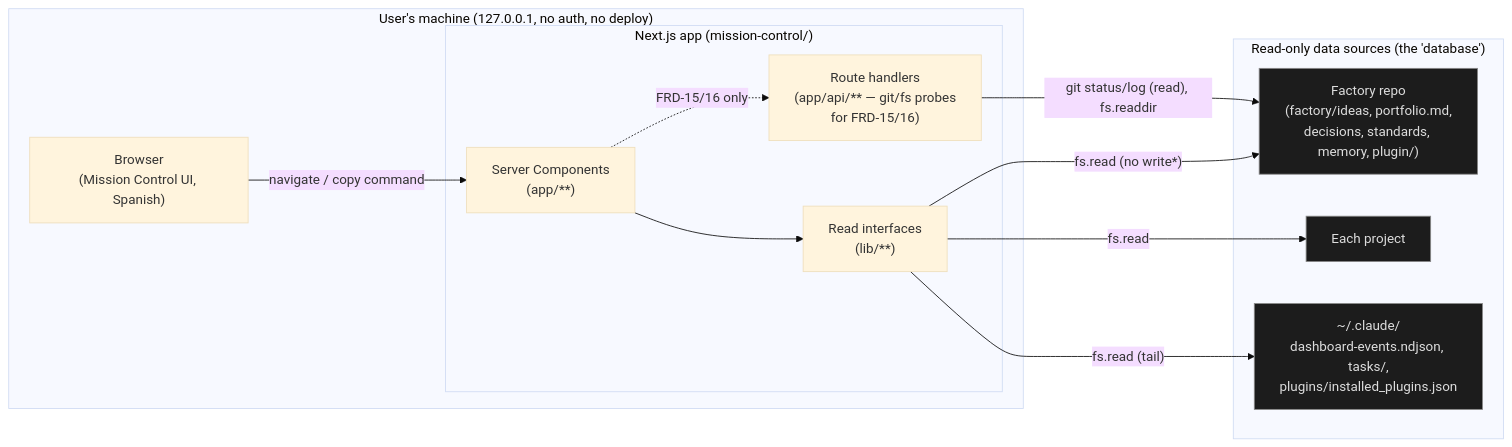
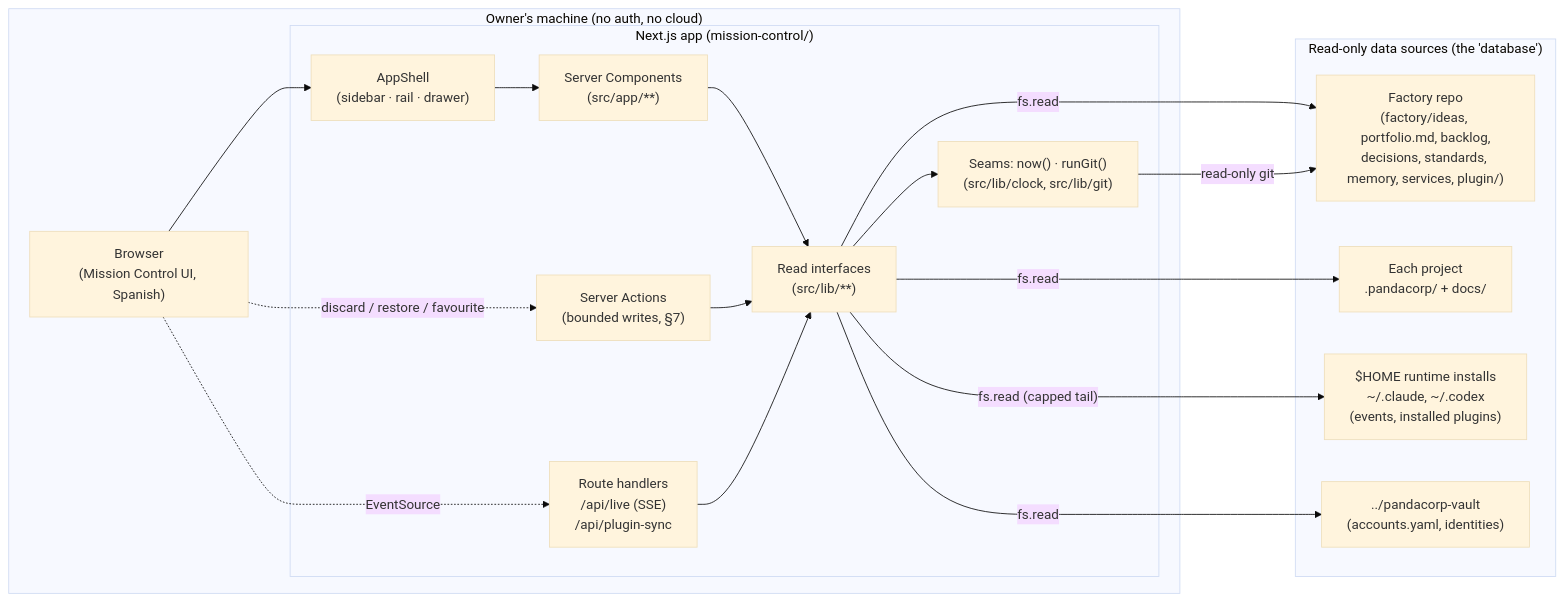
Before and after one commit to MineiToshio/panda-corp: the diagram in mission-control/docs/product/architecture.md, drawn with Mermaid (base theme). The commit also changed other lines of this file and 13 other files, not shown here.

First line of the commit message:
docs(mission-control): bring the platform architecture up to v2

````diff
--- a/mission-control/docs/product/architecture.md
+++ b/mission-control/docs/product/architecture.md
@@ -67,28 +94,34 @@
 ```mermaid
 flowchart LR
-  subgraph User["User's machine (127.0.0.1, no auth, no deploy)"]
+  subgraph Host["Owner's machine (no auth, no cloud)"]
     Browser["Browser\n(Mission Control UI, Spanish)"]
     subgraph Next["Next.js app (mission-control/)"]
-      RSC["Server Components\n(app/**)"]
-      LIB["Read interfaces\n(lib/**)"]
-      ROUTE["Route handlers\n(app/api/** — git/fs probes\nfor FRD-15/16)"]
+      SHELL["AppShell\n(sidebar · rail · drawer)"]
+      RSC["Server Components\n(src/app/**)"]
+      SA["Server Actions\n(bounded writes, §7)"]
+      LIB["Read interfaces\n(src/lib/**)"]
+      SEAM["Seams: now() · runGit()\n(src/lib/clock, src/lib/git)"]
+      ROUTE["Route handlers\n/api/live (SSE)\n/api/plugin-sync"]
     end
   end
 
   subgraph FS["Read-only data sources (the 'database')"]
-    FACTORY["Factory repo\n(factory/ideas, portfolio.md,\ndecisions, standards, memory, plugin/)"]
-    PROJECTS["Each project\n<path>/.pandacorp/status.yaml + docs/"]
-    CLAUDE["~/.claude/\ndashboard-events.ndjson, tasks/,\nplugins/installed_plugins.json"]
+    FACTORY["Factory repo\n(factory/ideas, portfolio.md, backlog,\ndecisions, standards, memory, services, plugin/)"]
+    PROJECTS["Each project\n.pandacorp/ + docs/"]
+    HOME["$HOME runtime installs\n~/.claude, ~/.codex\n(events, installed plugins)"]
+    VAULT["../pandacorp-vault\n(accounts.yaml, identities)"]
   end
 
-  Browser -->|"navigate / copy command"| RSC
+  Browser --> SHELL --> RSC
   RSC --> LIB
-  RSC -.->|FRD-15/16 only| ROUTE
-  LIB -->|"fs.read (no write*)"| FACTORY
+  Browser -.->|"discard / restore / favourite"| SA
+  SA --> LIB
+  Browser -.->|"EventSource"| ROUTE
+  ROUTE --> LIB
+  LIB --> SEAM
+  LIB -->|"fs.read"| FACTORY
   LIB -->|"fs.read"| PROJECTS
-  LIB -->|"fs.read (tail)"| CLAUDE
-  ROUTE -->|"git status/log (read), fs.readdir"| FACTORY
-
-  classDef src fill:#1c1c1c,stroke:#888,color:#ddd;
-  class FACTORY,PROJECTS,CLAUDE src;
+  LIB -->|"fs.read (capped tail)"| HOME
+  LIB -->|"fs.read"| VAULT
+  SEAM -->|"read-only git"| FACTORY
 ```
````
